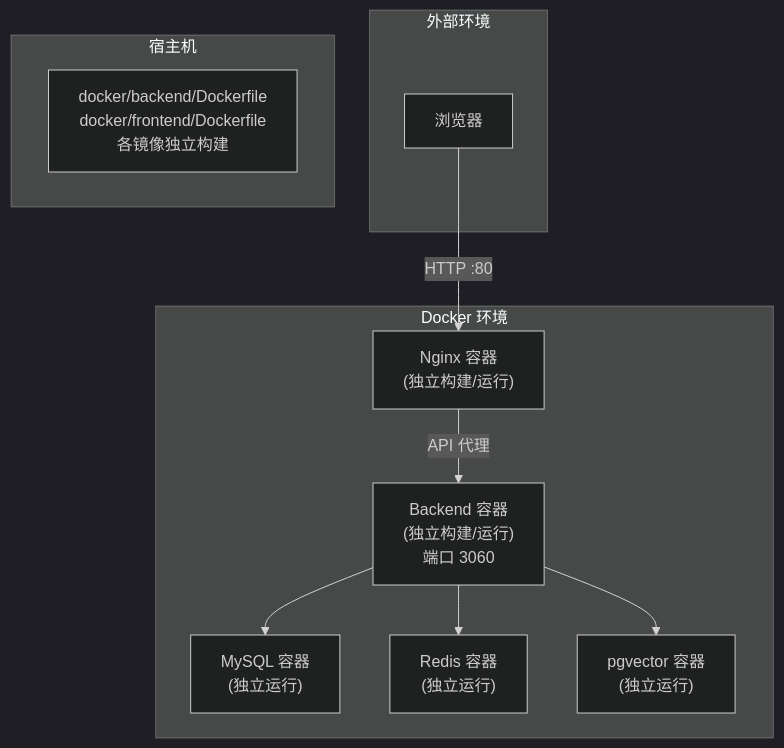
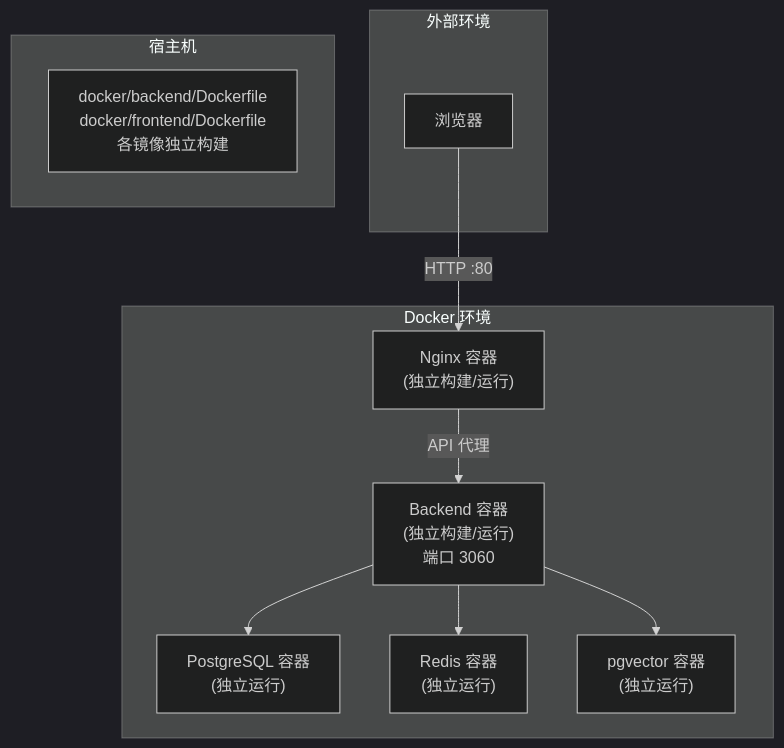
One commit to frankrich92/agent-platform changed the fourth of 5 diagrams in source/agent-platform-ui/src/doc/content/build-doc/index.md. Above: the diagram before and after it, drawn with Mermaid (dark theme). The commit also changed other lines of this file and 22 other files, not shown here.

Commit message:
refactor: switch persistence to PostgreSQL

````diff
--- a/source/agent-platform-ui/src/doc/content/build-doc/index.md
+++ b/source/agent-platform-ui/src/doc/content/build-doc/index.md
@@ -391,24 +392,24 @@
 ```mermaid
 graph TD
     subgraph External["外部环境"]
         Browser["浏览器"]
     end
 
     subgraph DockerEnv["Docker 环境"]
         NginxC["Nginx 容器\n(独立构建/运行)"]
         BackendC["Backend 容器\n(独立构建/运行)\n端口 3060"]
-        MySQLC["MySQL 容器\n(独立运行)"]
+        PostgreSQLC["PostgreSQL 容器\n(独立运行)"]
         RedisC["Redis 容器\n(独立运行)"]
         PgvectorC["pgvector 容器\n(独立运行)"]
     end
 
     subgraph Host["宿主机"]
         Dockerfiles["docker/backend/Dockerfile\ndocker/frontend/Dockerfile\n各镜像独立构建"]
     end
 
     Browser -->|"HTTP :80"| NginxC
     NginxC -->|"API 代理"| BackendC
-    BackendC --> MySQLC
+    BackendC --> PostgreSQLC
     BackendC --> RedisC
     BackendC --> PgvectorC
 ```
````
